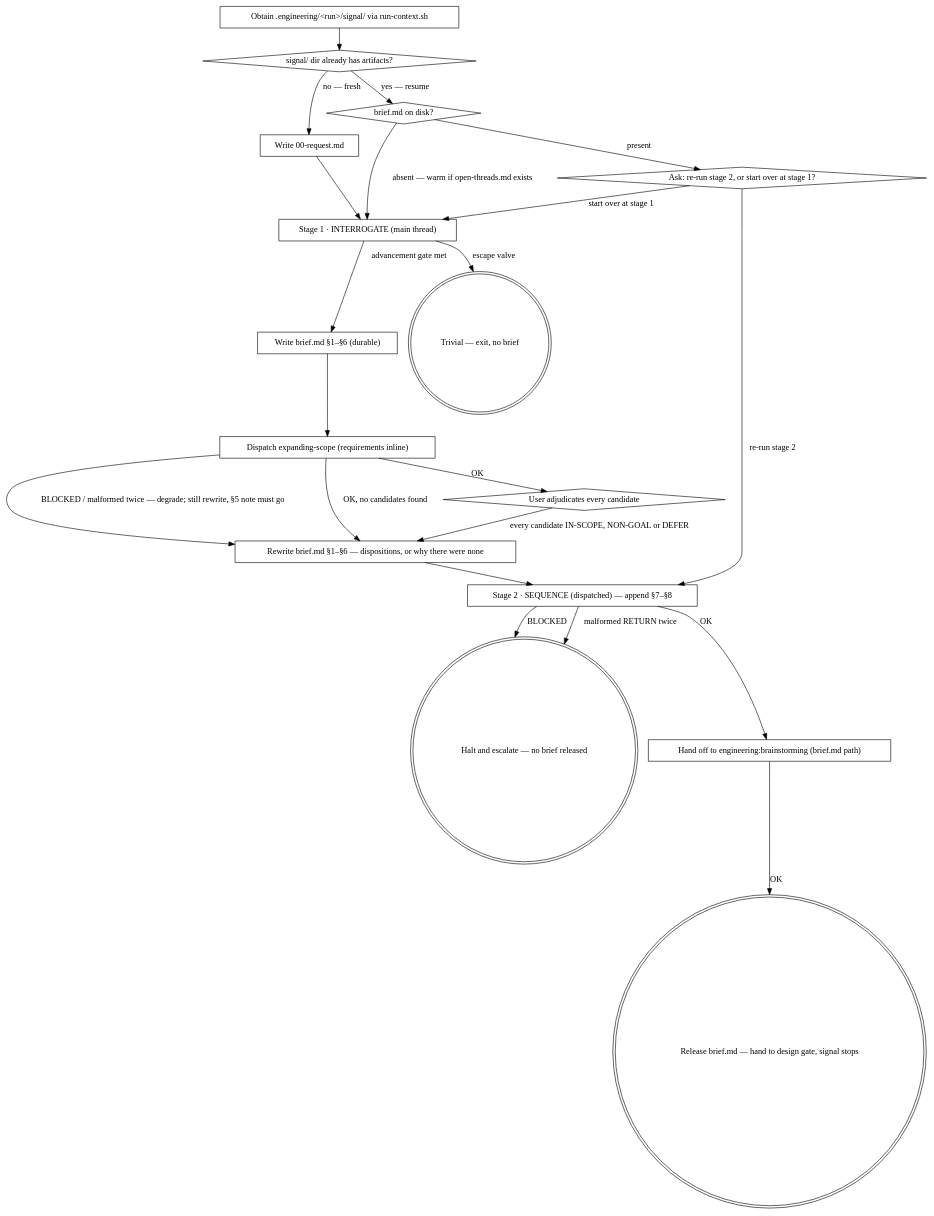
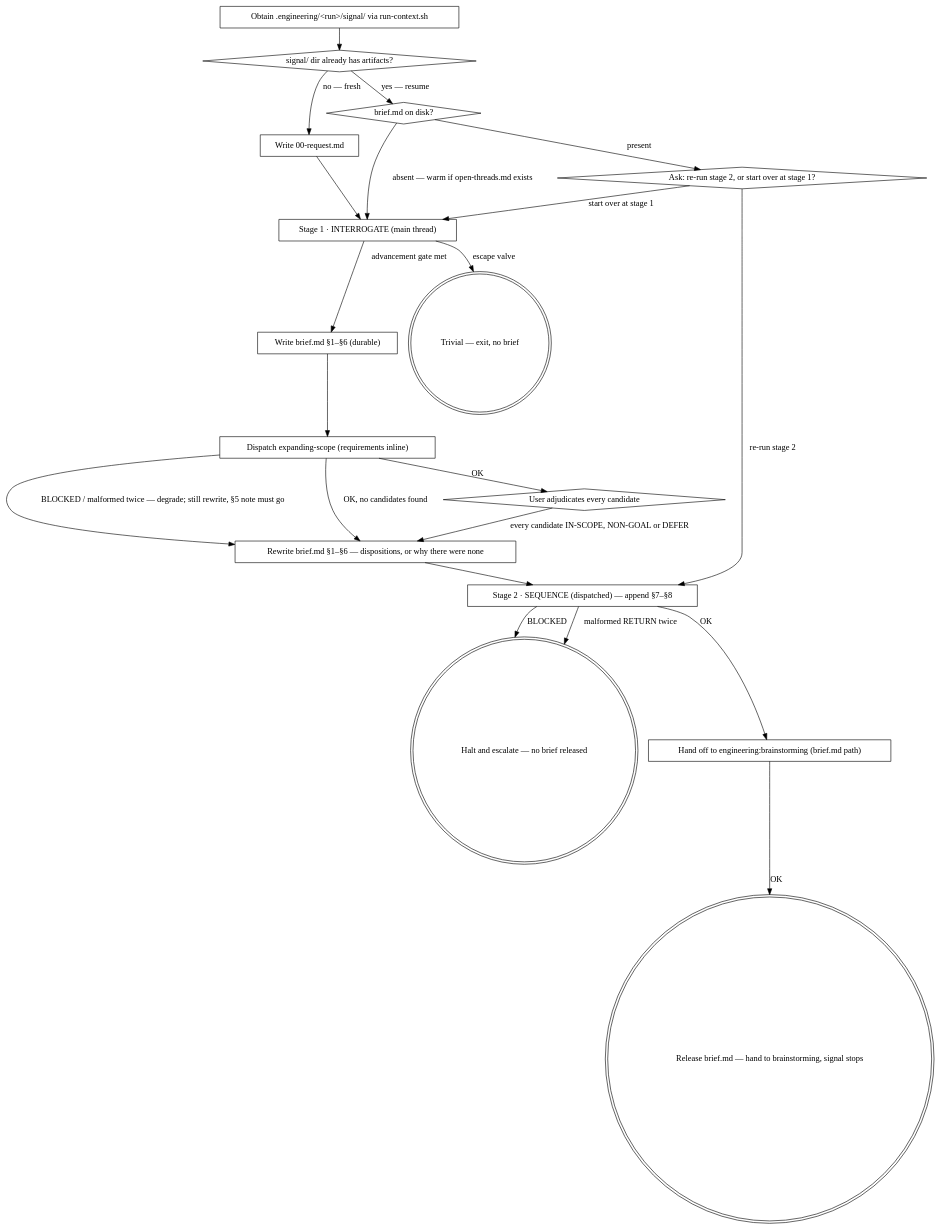
One commit to dashworthy/engineering changed the diagram in engineering/skills/conducting-discovery/SKILL.md. Above: the diagram before and after it, drawn with Graphviz. The commit also changed other lines of this file and 9 other files, not shown here.

Commit message:
docs: reword cross-references to the two-gate model (brainstorming recommends; gates at spec and plan)

````diff
--- a/engineering/skills/conducting-discovery/SKILL.md
+++ b/engineering/skills/conducting-discovery/SKILL.md
@@ -102,40 +102,40 @@
 ```dot
 digraph signal {
     "Obtain .engineering/<run>/signal/ via run-context.sh" [shape=box];
     "signal/ dir already has artifacts?" [shape=diamond];
     "Write 00-request.md" [shape=box];
     "brief.md on disk?" [shape=diamond];
     "Ask: re-run stage 2, or start over at stage 1?" [shape=diamond];
     "Stage 1 · INTERROGATE (main thread)" [shape=box];
     "Trivial — exit, no brief" [shape=doublecircle];
     "Write brief.md §1–§6 (durable)" [shape=box];
     "Dispatch expanding-scope (requirements inline)" [shape=box];
     "User adjudicates every candidate" [shape=diamond];
     "Rewrite brief.md §1–§6 — dispositions, or why there were none" [shape=box];
     "Stage 2 · SEQUENCE (dispatched) — append §7–§8" [shape=box];
     "Halt and escalate — no brief released" [shape=doublecircle];
     "Hand off to engineering:brainstorming (brief.md path)" [shape=box];
-    "Release brief.md — hand to design gate, signal stops" [shape=doublecircle];
+    "Release brief.md — hand to brainstorming, signal stops" [shape=doublecircle];
 
     "Obtain .engineering/<run>/signal/ via run-context.sh" -> "signal/ dir already has artifacts?";
     "signal/ dir already has artifacts?" -> "Write 00-request.md" [label="no — fresh"];
     "signal/ dir already has artifacts?" -> "brief.md on disk?" [label="yes — resume"];
     "brief.md on disk?" -> "Stage 1 · INTERROGATE (main thread)" [label="absent — warm if open-threads.md exists"];
     "brief.md on disk?" -> "Ask: re-run stage 2, or start over at stage 1?" [label="present"];
     "Ask: re-run stage 2, or start over at stage 1?" -> "Stage 2 · SEQUENCE (dispatched) — append §7–§8" [label="re-run stage 2"];
     "Ask: re-run stage 2, or start over at stage 1?" -> "Stage 1 · INTERROGATE (main thread)" [label="start over at stage 1"];
     "Write 00-request.md" -> "Stage 1 · INTERROGATE (main thread)";
     "Stage 1 · INTERROGATE (main thread)" -> "Trivial — exit, no brief" [label="escape valve"];
     "Stage 1 · INTERROGATE (main thread)" -> "Write brief.md §1–§6 (durable)" [label="advancement gate met"];
     "Write brief.md §1–§6 (durable)" -> "Dispatch expanding-scope (requirements inline)";
     "Dispatch expanding-scope (requirements inline)" -> "User adjudicates every candidate" [label="OK"];
     "Dispatch expanding-scope (requirements inline)" -> "Rewrite brief.md §1–§6 — dispositions, or why there were none" [label="BLOCKED / malformed twice — degrade; still rewrite, §5 note must go"];
     "Dispatch expanding-scope (requirements inline)" -> "Rewrite brief.md §1–§6 — dispositions, or why there were none" [label="OK, no candidates found"];
     "User adjudicates every candidate" -> "Rewrite brief.md §1–§6 — dispositions, or why there were none" [label="every candidate IN-SCOPE, NON-GOAL or DEFER"];
     "Rewrite brief.md §1–§6 — dispositions, or why there were none" -> "Stage 2 · SEQUENCE (dispatched) — append §7–§8";
     "Stage 2 · SEQUENCE (dispatched) — append §7–§8" -> "Hand off to engineering:brainstorming (brief.md path)" [label="OK"];
-    "Hand off to engineering:brainstorming (brief.md path)" -> "Release brief.md — hand to design gate, signal stops" [label="OK"];
+    "Hand off to engineering:brainstorming (brief.md path)" -> "Release brief.md — hand to brainstorming, signal stops" [label="OK"];
     "Stage 2 · SEQUENCE (dispatched) — append §7–§8" -> "Halt and escalate — no brief released" [label="BLOCKED"];
     "Stage 2 · SEQUENCE (dispatched) — append §7–§8" -> "Halt and escalate — no brief released" [label="malformed RETURN twice"];
 }
 ```
````
